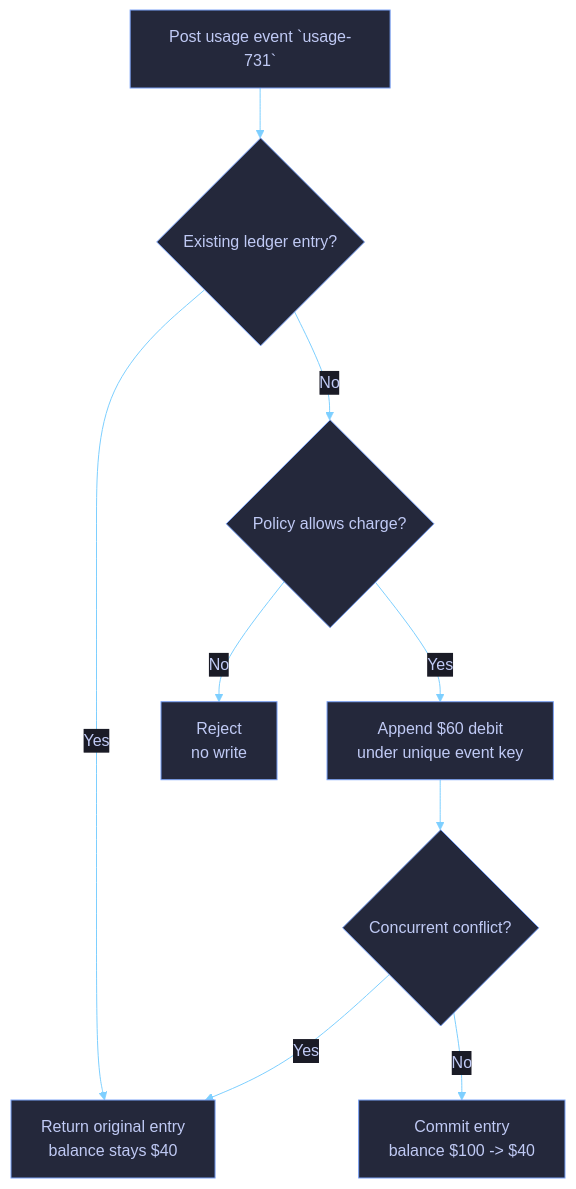
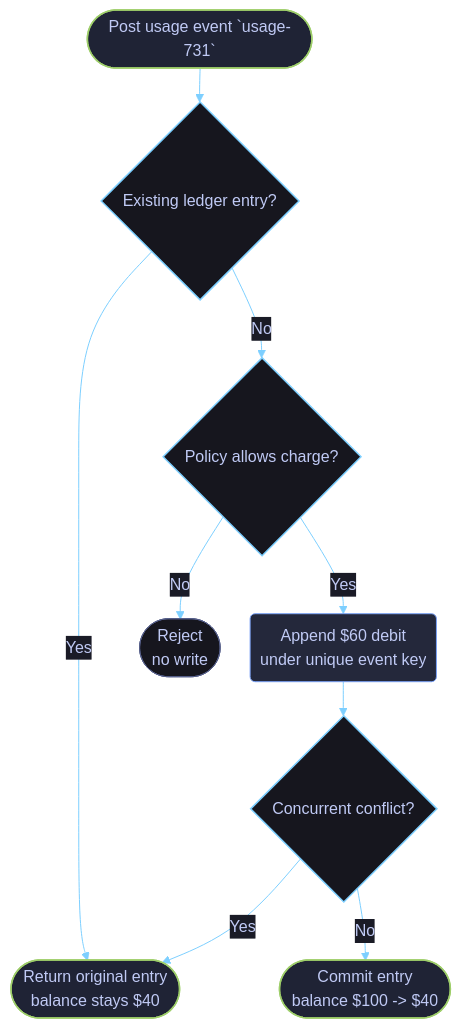
The second of 2 diagrams in docs/skill-workflows/visual-explanations.md (dvo-dev/copilot-guidance), drawn with Mermaid before and after one commit. The commit also changed other lines of this file and 10 other files, not shown here.

Commit message:
Polish workflow diagrams and stable links

````diff
--- a/docs/skill-workflows/visual-explanations.md
+++ b/docs/skill-workflows/visual-explanations.md
@@ -52,12 +57,21 @@
 ```mermaid
-%%{init: {"theme":"base","themeVariables":{"background":"#1a1b26","primaryColor":"#24283b","primaryTextColor":"#c0caf5","primaryBorderColor":"#7aa2f7","secondaryColor":"#1f2335","secondaryTextColor":"#c0caf5","secondaryBorderColor":"#bb9af7","tertiaryColor":"#16161e","tertiaryTextColor":"#c0caf5","tertiaryBorderColor":"#7dcfff","lineColor":"#7dcfff","textColor":"#c0caf5","mainBkg":"#24283b","nodeBorder":"#7aa2f7","clusterBkg":"#16161e","clusterBorder":"#565f89","defaultLinkColor":"#7dcfff","edgeLabelBackground":"#1a1b26","titleColor":"#bb9af7","fontFamily":"ui-monospace, SFMono-Regular, Menlo, Monaco, Consolas, Liberation Mono, monospace"},"flowchart":{"curve":"basis","htmlLabels":true}}}%%
+%%{init: {"theme":"base","themeVariables":{"background":"#1a1b26","primaryColor":"#24283b","primaryTextColor":"#c0caf5","primaryBorderColor":"#7aa2f7","secondaryColor":"#1f2335","secondaryTextColor":"#c0caf5","secondaryBorderColor":"#bb9af7","tertiaryColor":"#16161e","tertiaryTextColor":"#c0caf5","tertiaryBorderColor":"#7dcfff","lineColor":"#7dcfff","textColor":"#c0caf5","mainBkg":"#24283b","nodeBorder":"#7aa2f7","clusterBkg":"#16161e","clusterBorder":"#565f89","defaultLinkColor":"#7dcfff","edgeLabelBackground":"#1a1b26","titleColor":"#bb9af7","fontFamily":"ui-monospace, SFMono-Regular, Menlo, Monaco, Consolas, Liberation Mono, monospace"},"flowchart":{"curve":"basis","htmlLabels":true,"nodeSpacing":30,"rankSpacing":34,"padding":10}}}%%
 flowchart TD
-    E["Post usage event `usage-731`"] --> X{"Existing ledger entry?"}
-    X -->|Yes| R["Return original entry<br/>balance stays $40"]
+    E(["Post usage event `usage-731`"]) --> X{"Existing ledger entry?"}
+    X -->|Yes| R(["Return original entry<br/>balance stays $40"])
     X -->|No| V{"Policy allows charge?"}
-    V -->|No| J["Reject<br/>no write"]
-    V -->|Yes| A["Append $60 debit<br/>under unique event key"]
+    V -->|No| J(["Reject<br/>no write"])
+    V -->|Yes| A("Append $60 debit<br/>under unique event key")
     A --> C{"Concurrent conflict?"}
     C -->|Yes| R
-    C -->|No| B["Commit entry<br/>balance $100 -> $40"]
+    C -->|No| B(["Commit entry<br/>balance $100 -> $40"])
+
+    classDef stage fill:#24283b,stroke:#7aa2f7,stroke-width:1px,color:#c0caf5;
+    classDef outcome fill:#1f2335,stroke:#9ece6a,stroke-width:1.5px,color:#c0caf5;
+    classDef terminal fill:#16161e,stroke:#565f89,stroke-width:1px,color:#c0caf5;
+    classDef decision fill:#16161e,stroke:#7dcfff,stroke-width:1.5px,color:#c0caf5;
+    class A stage;
+    class E,R,B outcome;
+    class J terminal;
+    class X,V,C decision;
 ```
````
